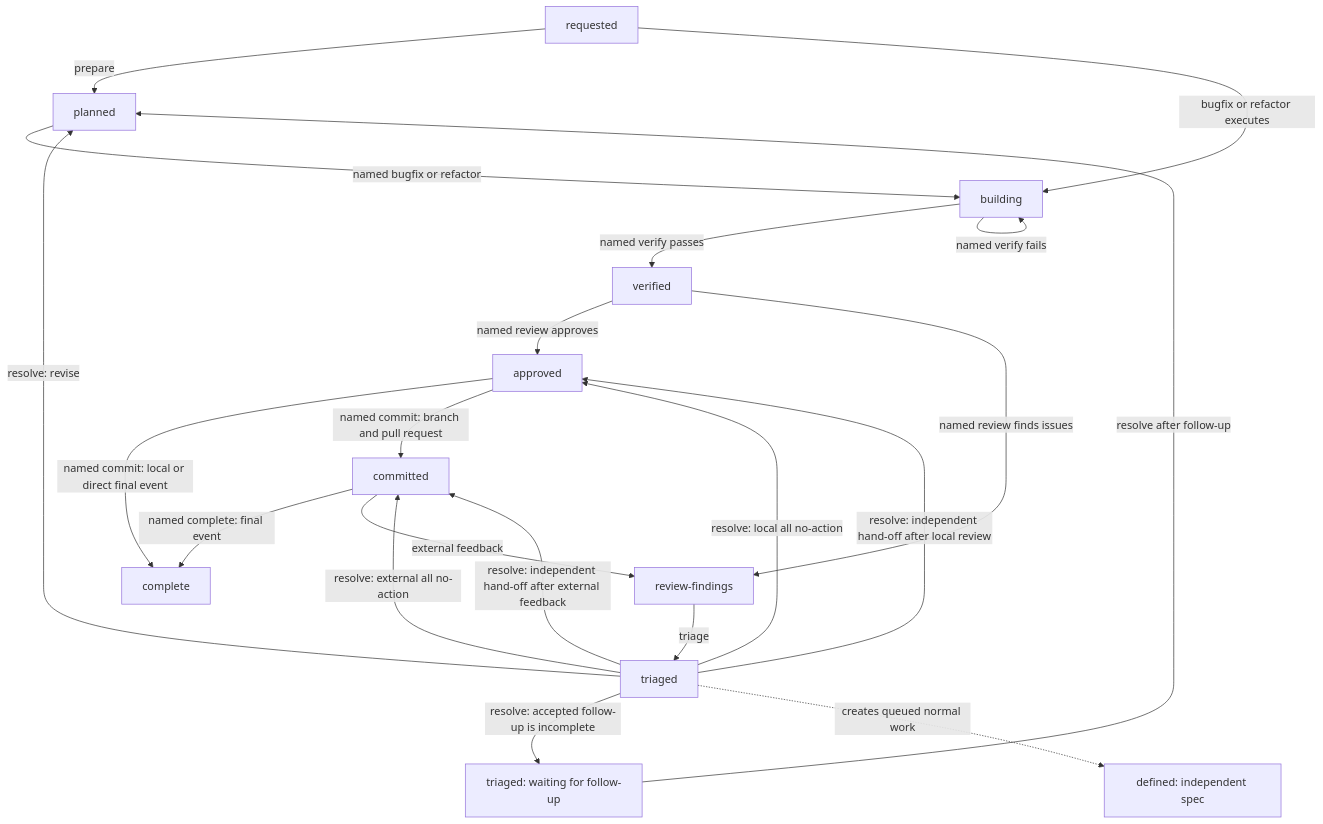
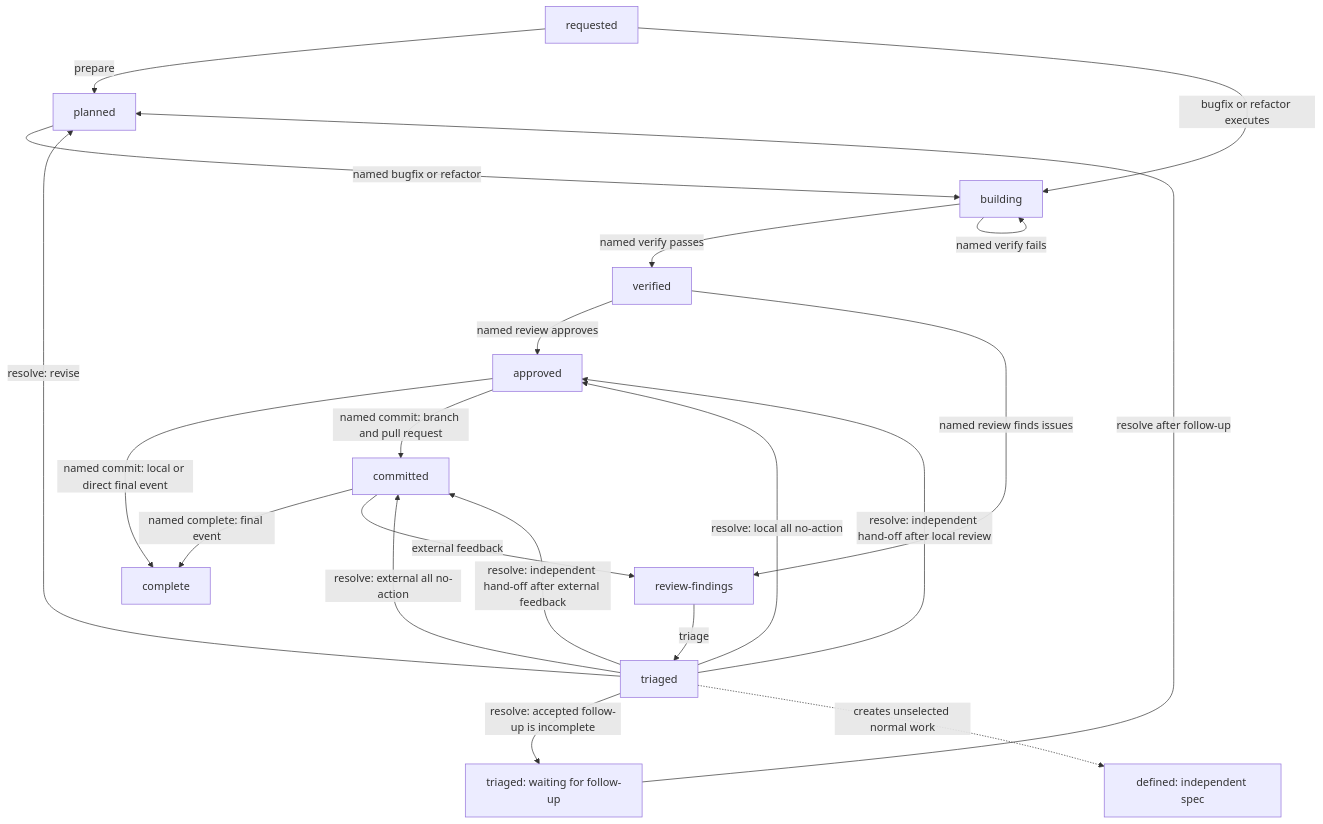
The second of 3 diagrams in docs/LIFECYCLE.md (deeprave/specle), drawn with Mermaid before and after one commit. The commit also changed other lines of this file and 67 other files, not shown here.

````diff
--- a/docs/LIFECYCLE.md
+++ b/docs/LIFECYCLE.md
@@ -102,23 +102,23 @@
 ```mermaid
 flowchart TB
   requested -->|prepare| planned
   requested -->|bugfix or refactor executes| building
   planned -->|named bugfix or refactor| building
   building -->|named verify passes| verified
   building -->|named verify fails| building
   verified -->|named review approves| approved
   approved -->|named commit: local or direct final event| complete[complete]
   approved -->|named commit: branch and pull request| committed
   committed -->|named complete: final event| complete
   committed -->|external feedback| review_findings
   verified -->|named review finds issues| review_findings[review-findings]
   review_findings -->|triage| triaged
   triaged -->|resolve: revise| planned
   triaged -->|resolve: accepted follow-up is incomplete| waiting[triaged: waiting for follow-up]
   waiting -->|resolve after follow-up| planned
   triaged -->|resolve: local all no-action| approved
   triaged -->|resolve: external all no-action| committed
   triaged -->|resolve: independent hand-off after local review| approved
   triaged -->|resolve: independent hand-off after external feedback| committed
-  triaged -.->|creates queued normal work| queued_defined[defined: independent spec]
+  triaged -.->|creates unselected normal work| unselected_defined[defined: independent spec]
 ```
````
